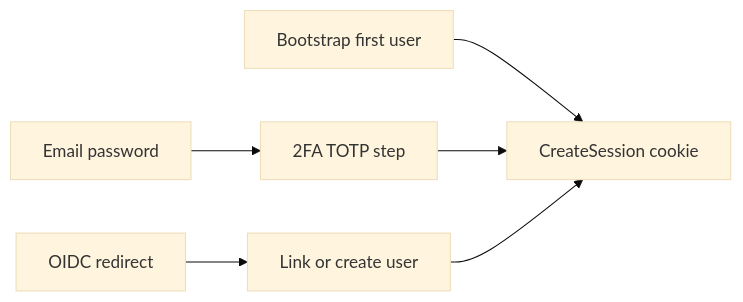
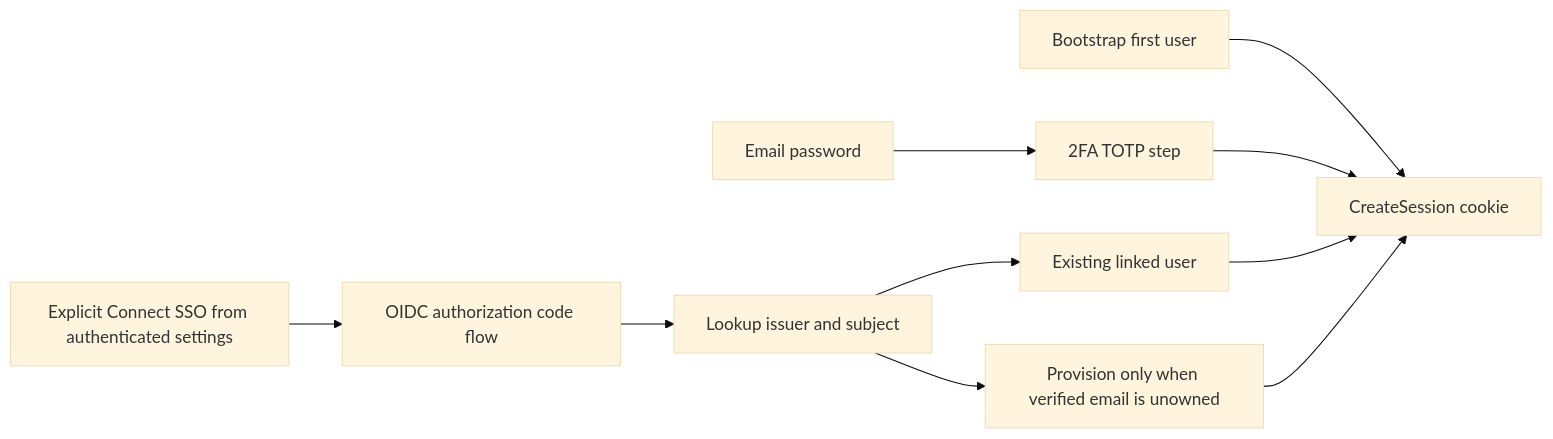
The second of 2 diagrams in docs/diagrams/scrumboy_auth_permissions.md (bhardwajRahul/scrumboy), drawn with Mermaid (base theme) before and after one commit. The commit also changed other lines of this file and 95 other files, not shown here.

````diff
--- a/docs/diagrams/scrumboy_auth_permissions.md
+++ b/docs/diagrams/scrumboy_auth_permissions.md
@@ -23,13 +23,21 @@
 ```mermaid
 flowchart LR
   Local[Email password]
   TOTP[2FA TOTP step]
-  OIDCFlow[OIDC redirect]
+  OIDCFlow[OIDC authorization code flow]
   Bootstrap[Bootstrap first user]
+  Identity[Lookup issuer and subject]
+  Existing[Existing linked user]
+  Provision[Provision only when verified email is unowned]
+  Connect[Explicit Connect SSO from authenticated settings]
 
   Local --> TOTP
-  OIDCFlow --> Link[Link or create user]
+  OIDCFlow --> Identity
+  Identity --> Existing
+  Identity --> Provision
+  Connect --> OIDCFlow
   Bootstrap --> Session[CreateSession cookie]
   TOTP --> Session
-  Link --> Session
+  Existing --> Session
+  Provision --> Session
 ```
````
